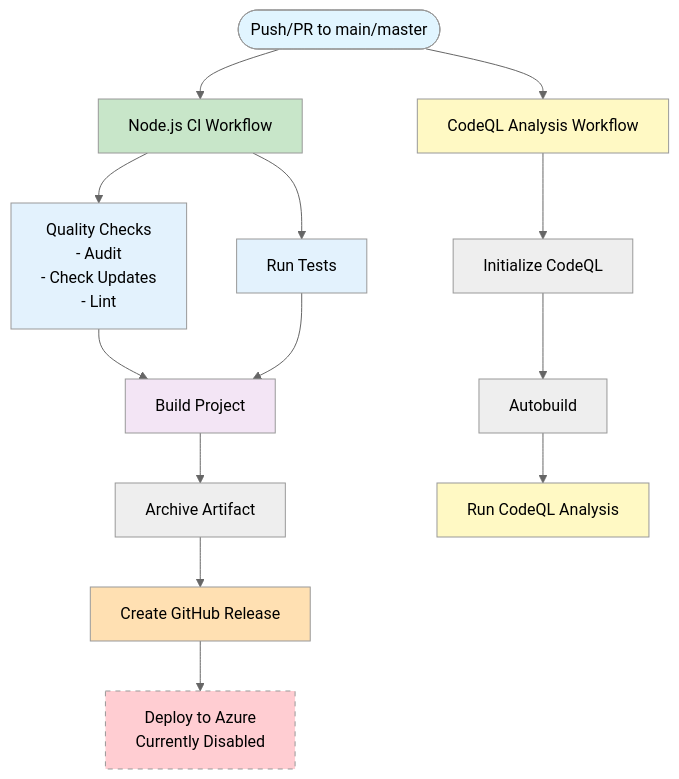
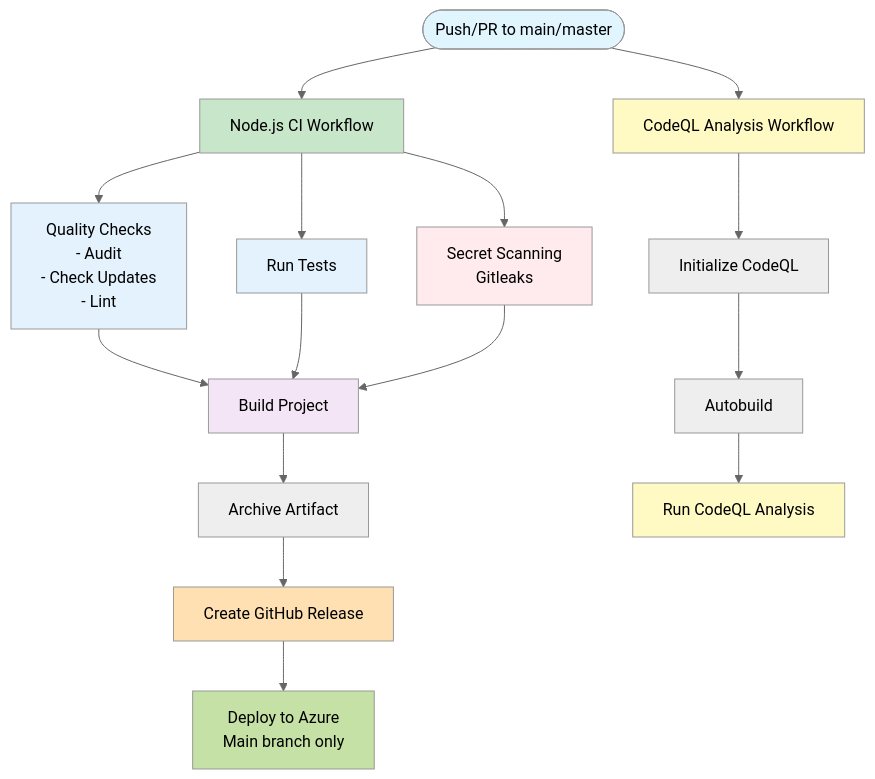
The diagram in Home.md (meichunho/javascript-spa-simple), drawn with Mermaid (neutral theme) before and after one commit. The commit also changed other lines of this file, not shown here.

Commit message:
updated diagram

````diff
--- a/Home.md
+++ b/Home.md
@@ -131,29 +131,32 @@
 ```mermaid
 graph TD
     Start([Push/PR to main/master]) --> NodeCI[Node.js CI Workflow]
     Start --> CodeQL[CodeQL Analysis Workflow]
     
     NodeCI --> QC[Quality Checks<br/>- Audit<br/>- Check Updates<br/>- Lint]
     NodeCI --> Test[Run Tests]
+    NodeCI --> SecretScan[Secret Scanning<br/>Gitleaks]
     
     QC --> Build[Build Project]
     Test --> Build
+    SecretScan --> Build
     
     Build --> Archive[Archive Artifact]
     Archive --> Release[Create GitHub Release]
-    Release --> Deploy[Deploy to Azure<br/>Currently Disabled]
+    Release --> Deploy[Deploy to Azure<br/>Main branch only]
     
     CodeQL --> Init[Initialize CodeQL]
     Init --> AutoBuild[Autobuild]
     AutoBuild --> Analyze[Run CodeQL Analysis]
     
     style Start fill:#e1f5ff
     style NodeCI fill:#c8e6c9
     style CodeQL fill:#fff9c4
     style QC fill:#e3f2fd
     style Test fill:#e3f2fd
+    style SecretScan fill:#ffebee
     style Build fill:#f3e5f5
     style Release fill:#ffe0b2
-    style Deploy fill:#ffcdd2,stroke-dasharray: 5 5
+    style Deploy fill:#c5e1a5
     style Analyze fill:#fff9c4
 ```
````
